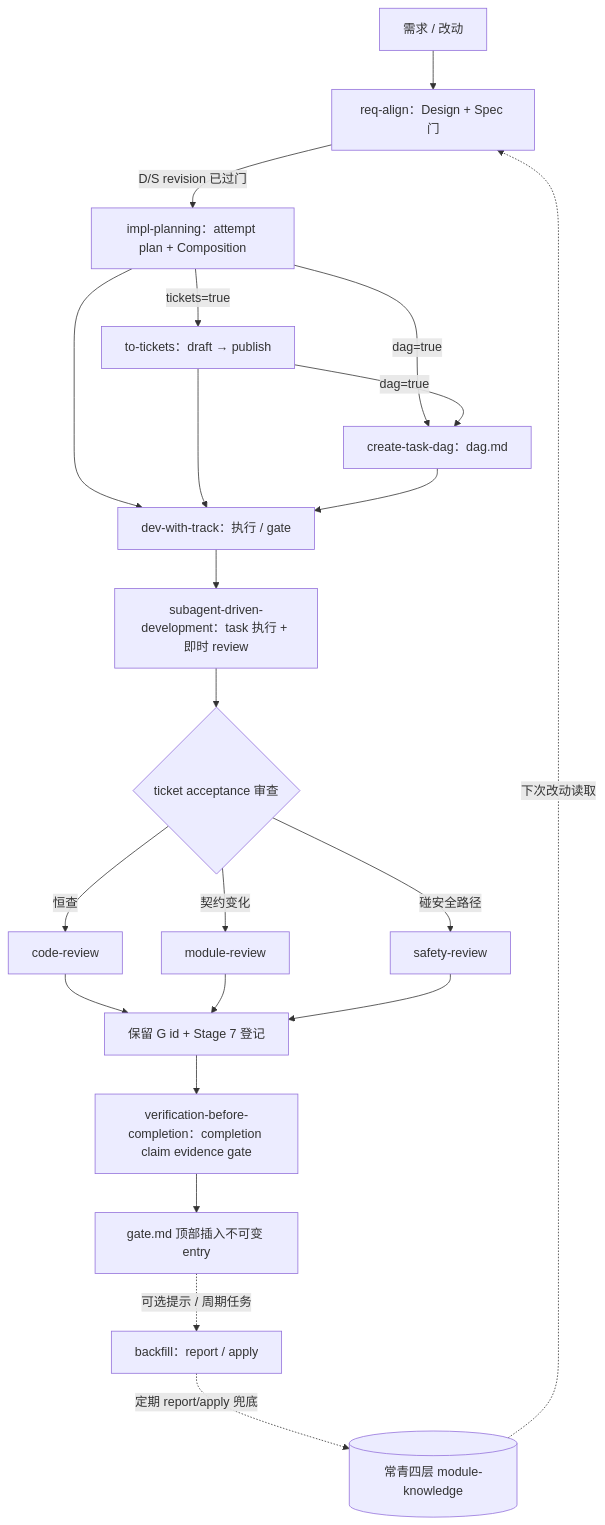
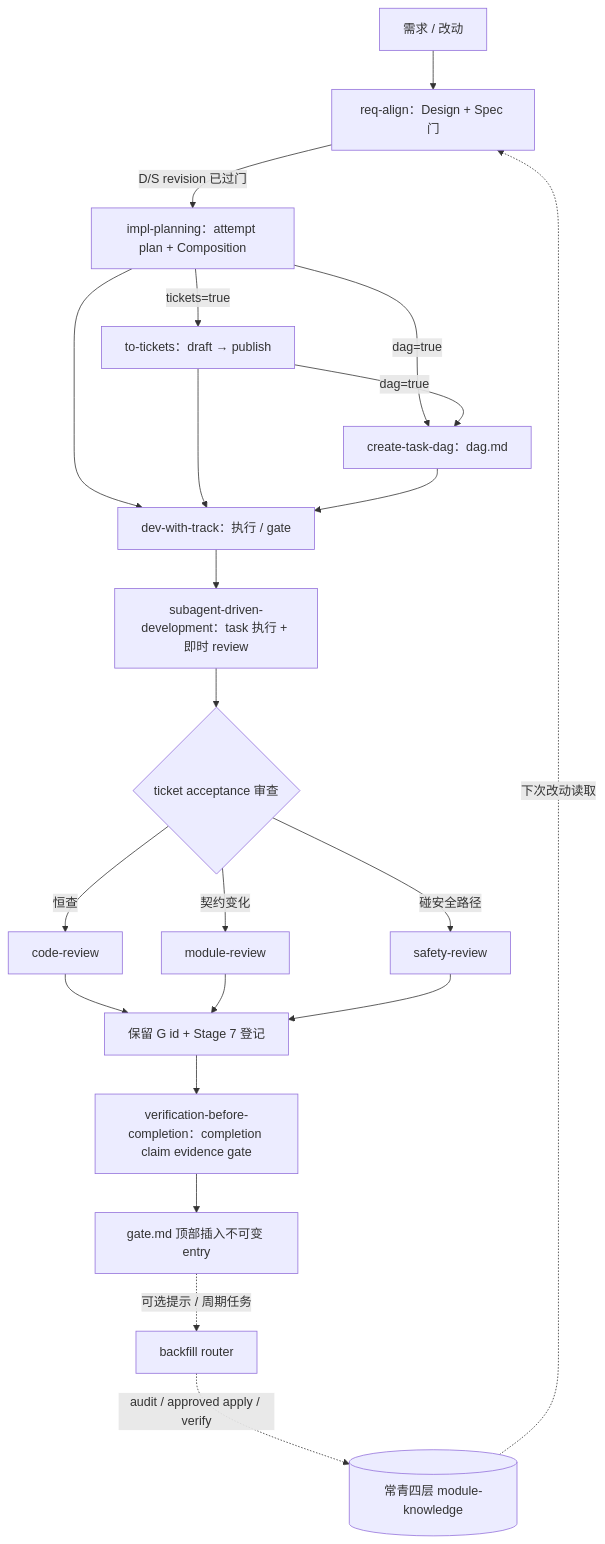
The diagram in skills/impl-package/SKILL.md (fangxiao-dev/agent-workbench), drawn with Mermaid before and after one commit. The commit also changed other lines of this file and 40 other files, not shown here.

````diff
--- a/skills/impl-package/SKILL.md
+++ b/skills/impl-package/SKILL.md
@@ -22,24 +22,24 @@
 ```mermaid
 flowchart TD
     Req[需求 / 改动] --> RA[req-align：Design + Spec 门]
     RA -->|D/S revision 已过门| PL[impl-planning：attempt plan + Composition]
     PL -->|tickets=true| TK[to-tickets：draft → publish]
     PL -->|dag=true| DG[create-task-dag：dag.md]
     TK -->|dag=true| DG
     PL --> EX[dev-with-track：执行 / gate]
     TK --> EX
     DG --> EX
     EX --> SD[subagent-driven-development：task 执行 + 即时 review]
     SD --> RV{ticket acceptance 审查}
     RV -->|恒查| CR[code-review]
     RV -->|契约变化| MR[module-review]
     RV -->|碰安全路径| SR[safety-review]
     CR --> CAP[保留 G id + Stage 7 登记]
     MR --> CAP
     SR --> CAP
     CAP --> VC[verification-before-completion：completion claim evidence gate]
     VC --> GT[gate.md 顶部插入不可变 entry]
-    GT -. 可选提示 / 周期任务 .-> BF[backfill：report / apply]
-    BF -. 定期 report/apply 兜底 .-> EV[(常青四层 module-knowledge)]
+    GT -. 可选提示 / 周期任务 .-> BF[backfill router]
+    BF -. audit / approved apply / verify .-> EV[(常青四层 module-knowledge)]
     EV -. 下次改动读取 .-> RA
 ```
````
